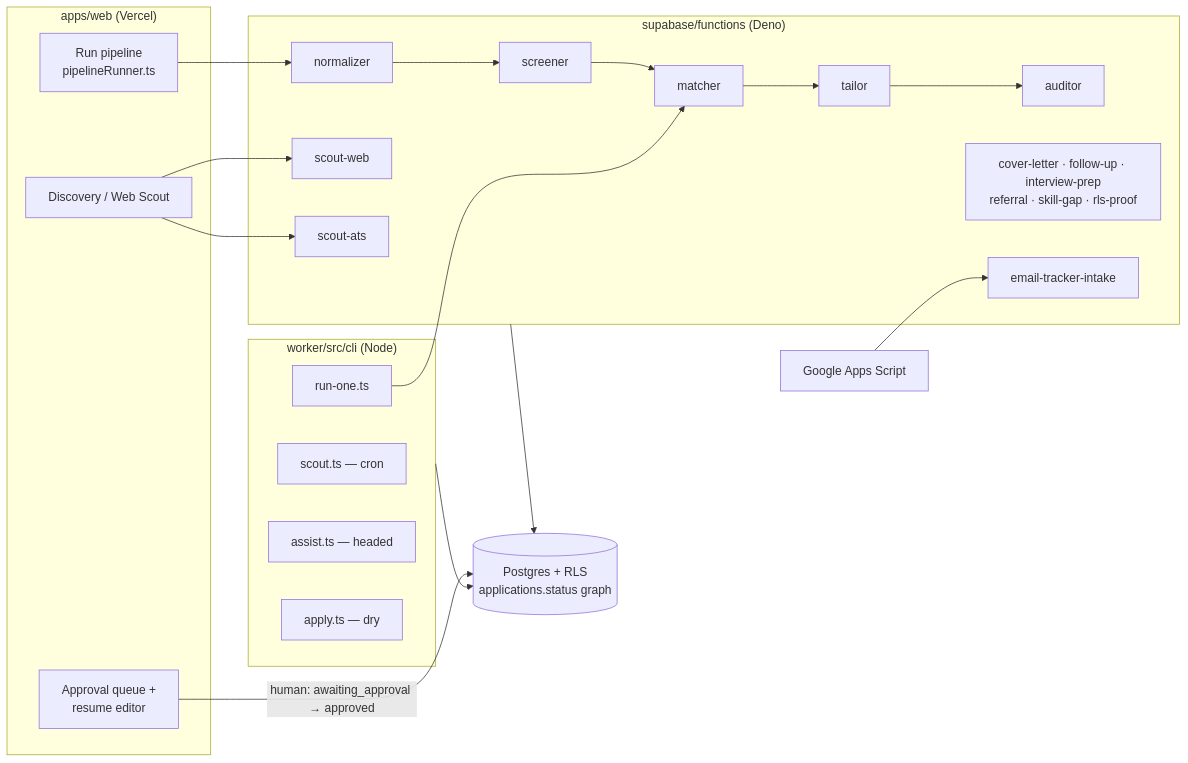
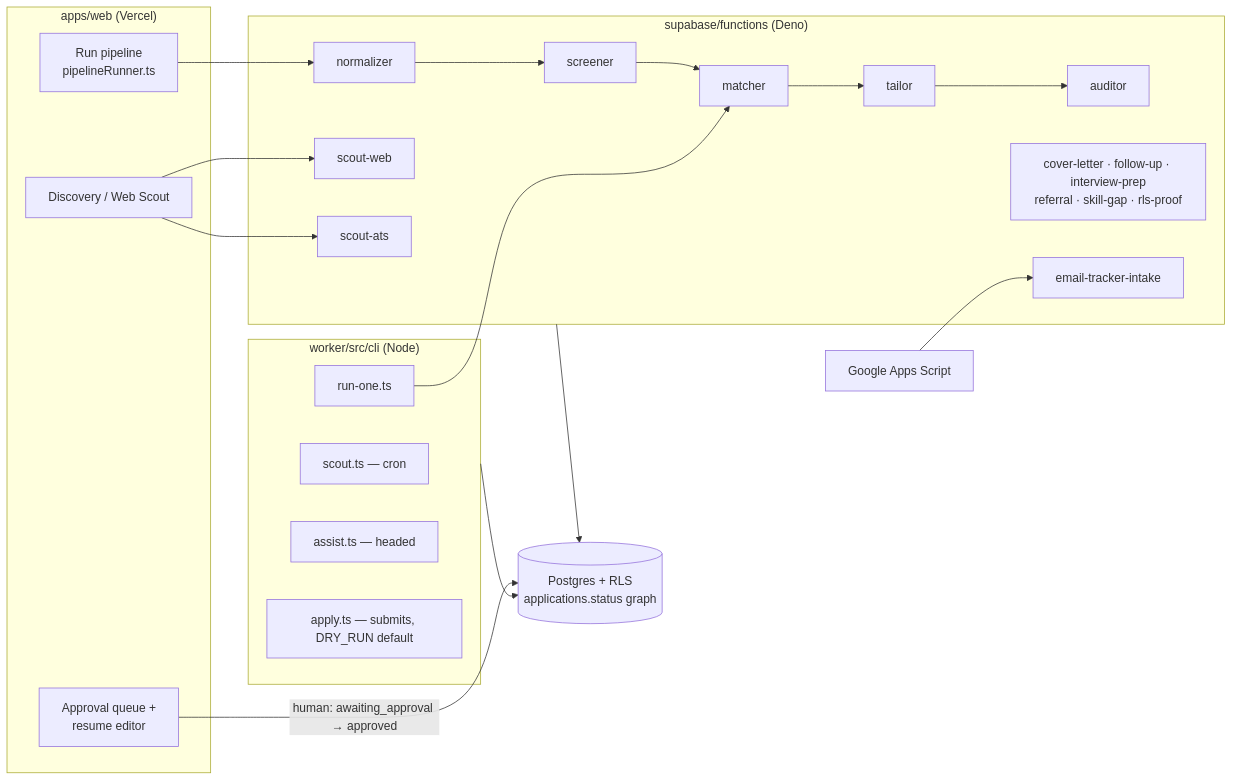
The first of 3 diagrams in docs/SYSTEM_ARCHITECTURE.md (MallamTeja/applyyy), drawn with Mermaid before and after one commit. The commit also changed other lines of this file and 4 other files, not shown here.

````diff
--- a/docs/SYSTEM_ARCHITECTURE.md
+++ b/docs/SYSTEM_ARCHITECTURE.md
@@ -23,30 +25,30 @@
 ```mermaid
 flowchart LR
   subgraph Browser["apps/web (Vercel)"]
     D[Discovery / Web Scout]
     PR[Run pipeline<br/>pipelineRunner.ts]
     AQ[Approval queue +<br/>resume editor]
   end
   subgraph Edge["supabase/functions (Deno)"]
     SA[scout-ats]
     SW[scout-web]
     N[normalizer] --> S[screener] --> M[matcher] --> T[tailor] --> A[auditor]
     AUX[cover-letter · follow-up · interview-prep<br/>referral · skill-gap · rls-proof]
     ET[email-tracker-intake]
   end
   subgraph Worker["worker/src/cli (Node)"]
     SC[scout.ts — cron]
     RO[run-one.ts]
     AS[assist.ts — headed]
-    AP[apply.ts — dry]
+    AP[apply.ts — submits, DRY_RUN default]
   end
   DB[(Postgres + RLS<br/>applications.status graph)]
   GAS[Google Apps Script] --> ET
   D --> SA
   D --> SW
   PR --> N
   RO --> M
   AQ -->|human: awaiting_approval → approved| DB
   Edge --> DB
   Worker --> DB
 ```
````
